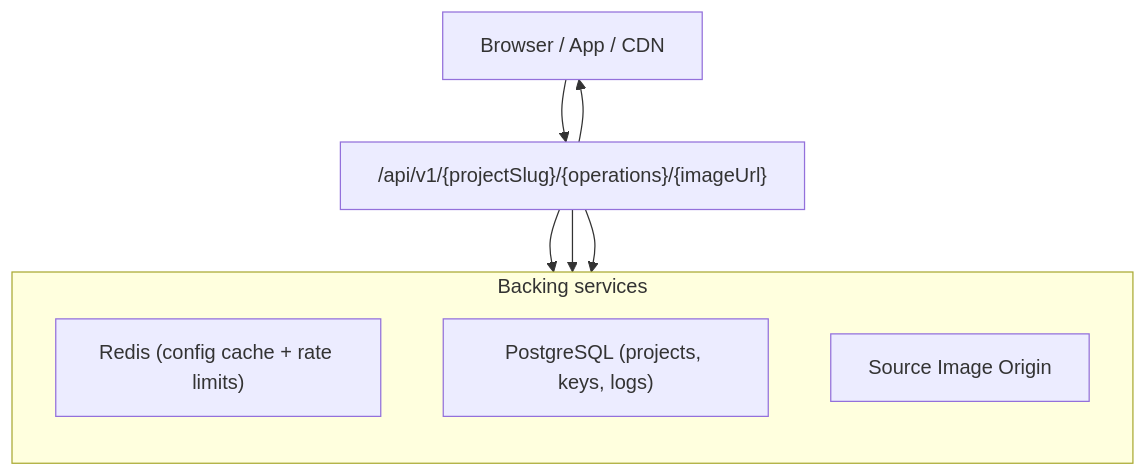
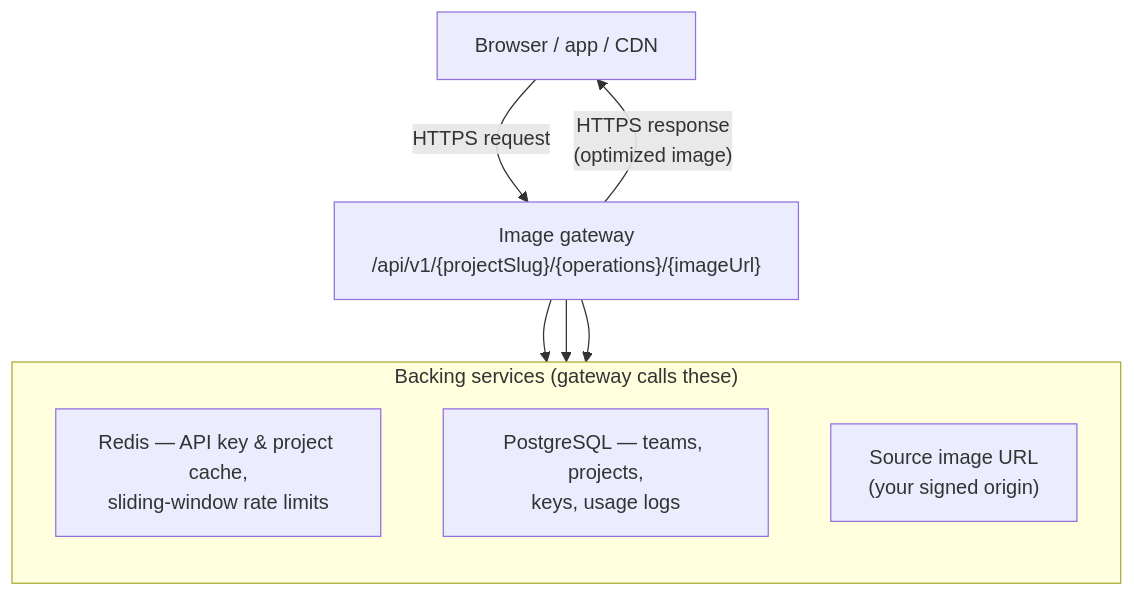
One commit to EricTsai83/optstuff changed the first of 3 diagrams in apps/docs/content/docs/introduction/how-it-works.mdx. Above: the diagram before and after it, drawn with Mermaid. The commit also changed other lines of this file, not shown here.

Commit message:
Enhance 'How It Works' documentation with detailed architecture overview
This commit updates the 'How It Works' section to provide a clearer explanation of the image gateway's role in processing requests. It includes a revised flowchart and a detailed table that outlines the components involved, such as Redis for caching and rate limiting, and PostgreSQL for data management. The changes aim to improve understanding of the request flow and the interactions between components in the OptStuff architecture.

````diff
--- a/apps/docs/content/docs/introduction/how-it-works.mdx
+++ b/apps/docs/content/docs/introduction/how-it-works.mdx
@@ -12,14 +14,15 @@
 ```mermaid
 flowchart TB
-  Client["Browser / App / CDN"] --> Api["/api/v1/{projectSlug}/{operations}/{imageUrl}"]
-  subgraph Backing["Backing services"]
+  Client["Browser / app / CDN"]
+  Client -->|"HTTPS request"| Gateway["Image gateway<br/>/api/v1/{projectSlug}/{operations}/{imageUrl}"]
+  subgraph Backing["Backing services (gateway calls these)"]
     direction TB
-    Cache["Redis (config cache + rate limits)"]
-    Db["PostgreSQL (projects, keys, logs)"]
-    Origin["Source Image Origin"]
+    Redis["Redis — API key & project cache,<br/>sliding-window rate limits"]
+    PG["PostgreSQL — teams, projects,<br/>keys, usage logs"]
+    Origin["Source image URL<br/>(your signed origin)"]
   end
-  Api --> Cache
-  Api --> Db
-  Api --> Origin
-  Api --> Client
+  Gateway --> Redis
+  Gateway --> PG
+  Gateway --> Origin
+  Gateway -->|"HTTPS response<br/>(optimized image)"| Client
 ```
````
